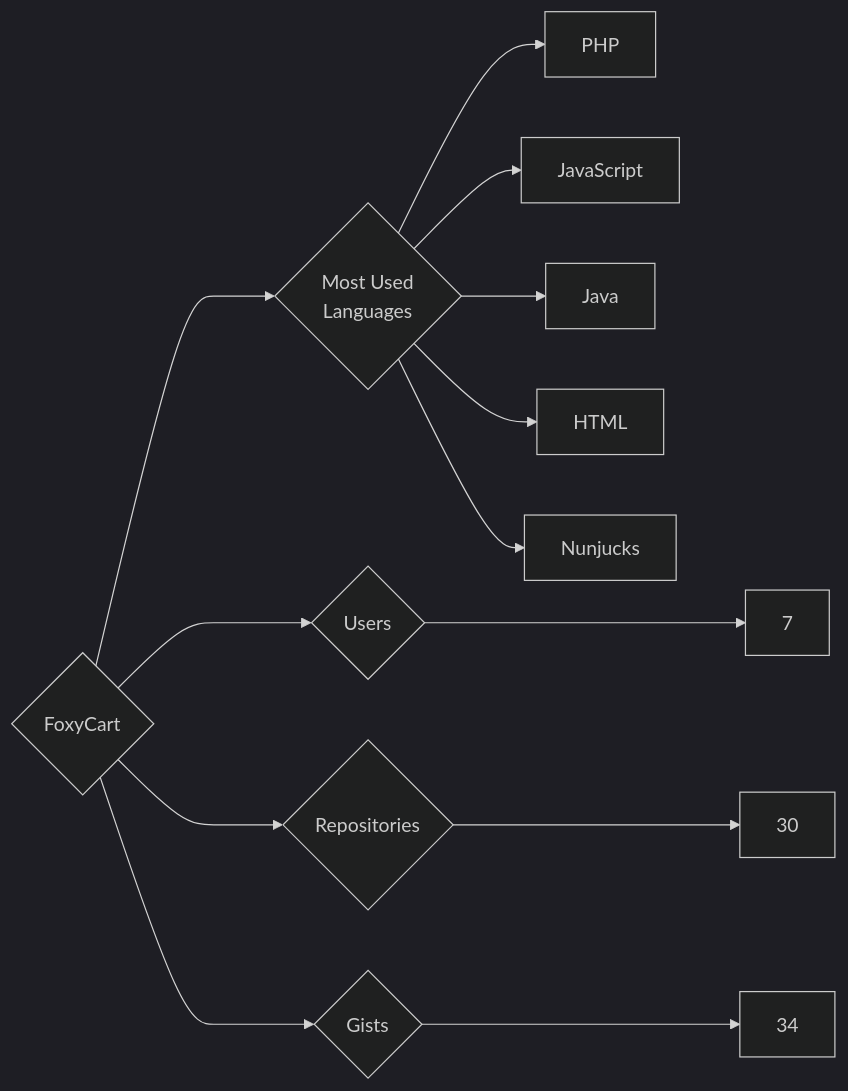
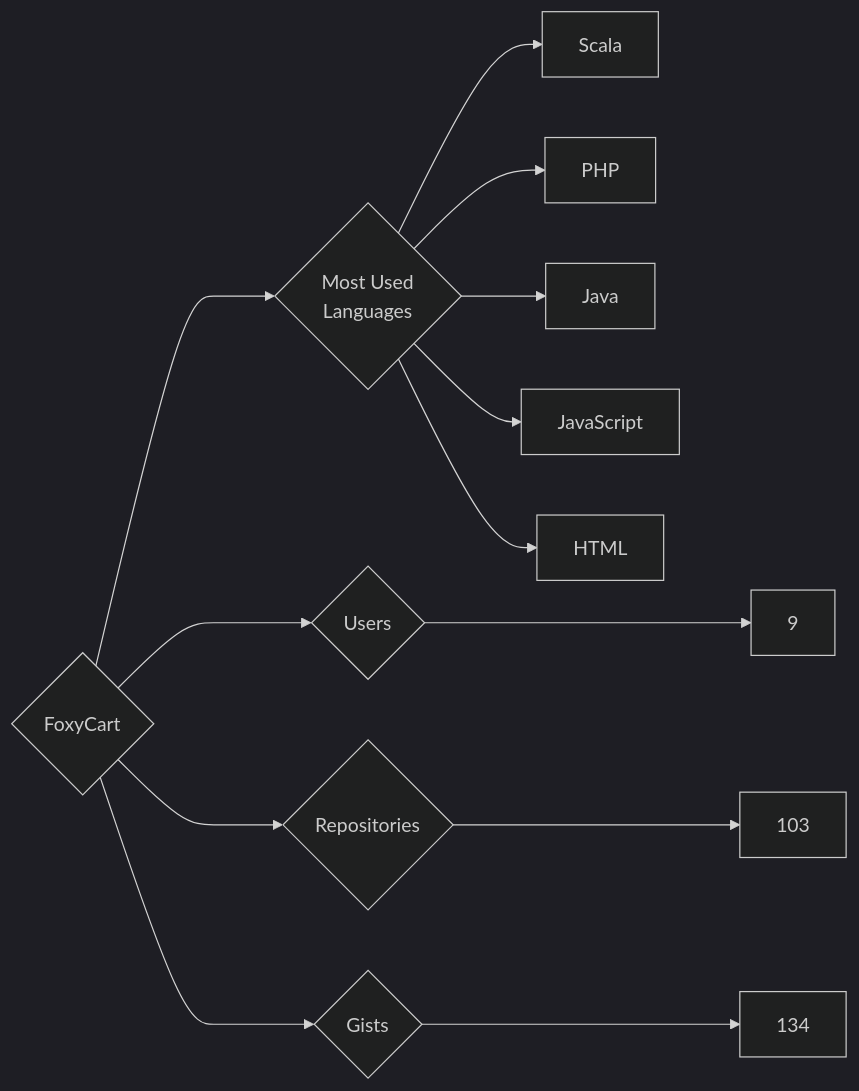
One commit to trickest/insiders changed the diagram in targets/FoxyCart/README.md. Above: the diagram before and after it, drawn with Mermaid (dark theme). The commit also changed 993 other files, not shown here.

````diff
--- a/targets/FoxyCart/README.md
+++ b/targets/FoxyCart/README.md
@@ -3,13 +3,13 @@
 ```mermaid
 graph LR
 COMPANY_NAME{FoxyCart}
-COMPANY_NAME ---> U{Users} ---> UN[7]
-COMPANY_NAME ---> R{Repositories} ---> RN[30]
-COMPANY_NAME ---> G{Gists} ---> GN[34]
+COMPANY_NAME ---> U{Users} ---> UN[9]
+COMPANY_NAME ---> R{Repositories} ---> RN[103]
+COMPANY_NAME ---> G{Gists} ---> GN[134]
 COMPANY_NAME ---> ML{Most Used<br>Languages}
+ML --> Scala[Scala]
 ML --> PHP[PHP]
+ML --> Java[Java]
 ML --> JavaScript[JavaScript]
-ML --> Java[Java]
 ML --> HTML[HTML]
-ML --> Nunjucks[Nunjucks]
 ```
````
